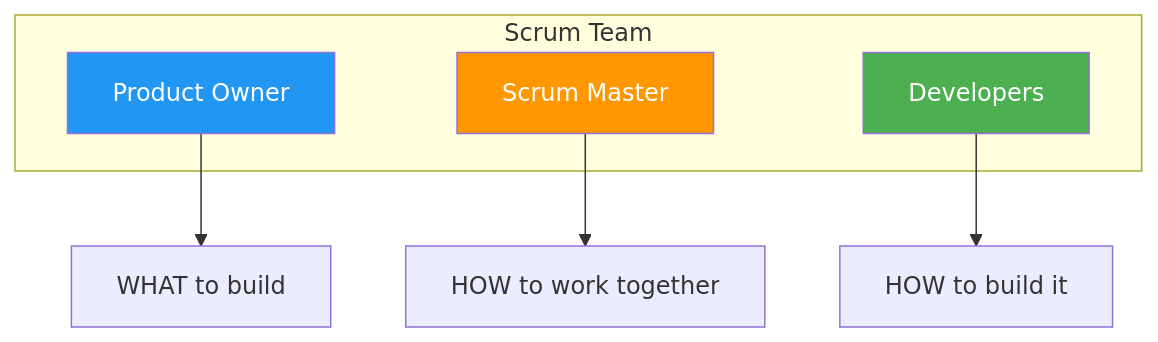
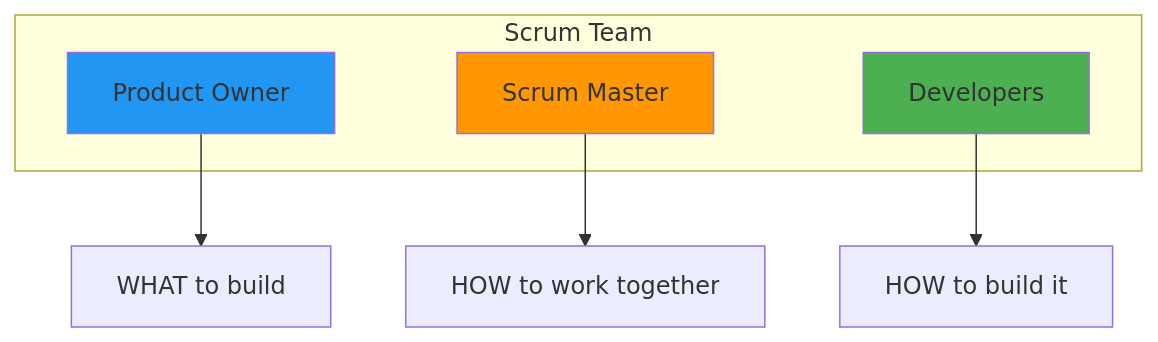
Before and after one commit to Anuhyaaa/web-optimization: diagram 22 of 44 in agile.md, drawn with Mermaid. The commit also changed other lines of this file and 1 other file, not shown here.

Commit message:
Fix Mermaid diagram text visibility by removing invalid color:white syntax

````diff
--- a/agile.md
+++ b/agile.md
@@ -1150,16 +1150,16 @@
 ```mermaid
 graph TD
     subgraph "Scrum Team"
         A[Product Owner]
         B[Scrum Master]
         C[Developers]
     end
     
     A --> D[WHAT to build]
     B --> E[HOW to work together]
     C --> F[HOW to build it]
     
-    style A fill:#2196F3,color:white
-    style B fill:#FF9800,color:white
-    style C fill:#4CAF50,color:white
+    style A fill:#2196F3
+    style B fill:#FF9800
+    style C fill:#4CAF50
 ```
````
